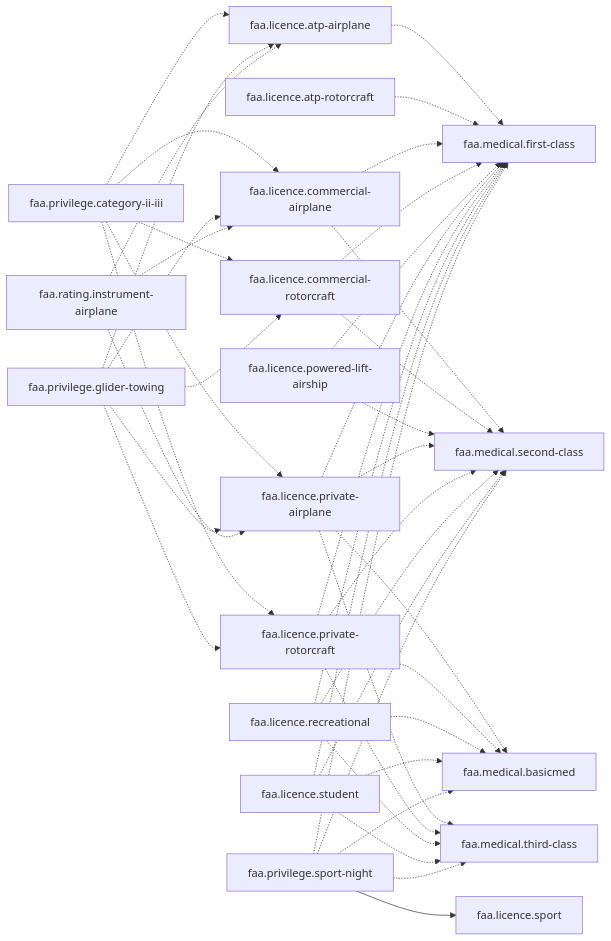
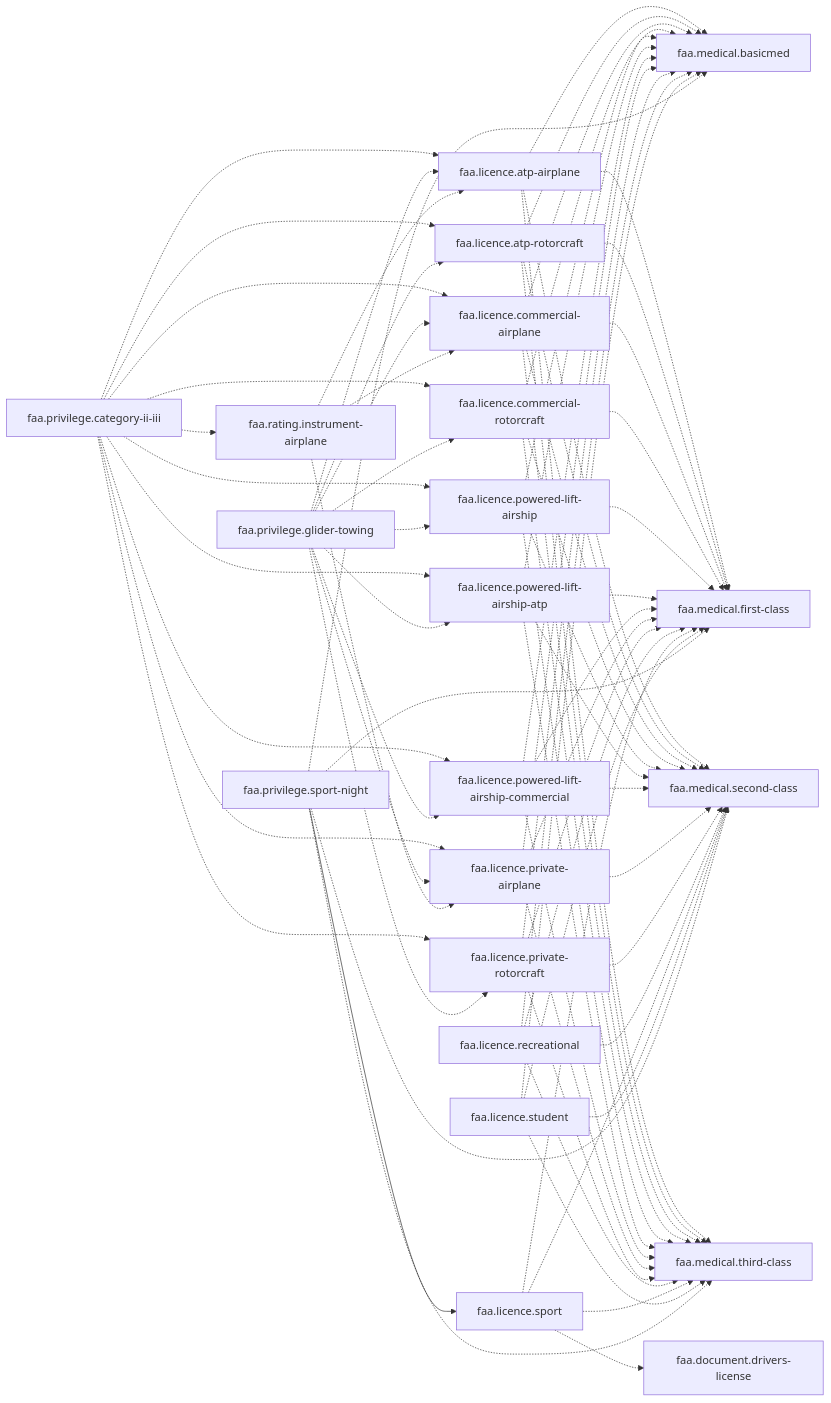
Before and after one commit to fjaeckel/open-aircrew-rules: the third of 6 diagrams in docs/dependencies.md, drawn with Mermaid. The commit also changed other lines of this file and 162 other files, not shown here.

````diff
--- a/docs/dependencies.md
+++ b/docs/dependencies.md
@@ -278,10 +304,13 @@
 ```mermaid
 flowchart LR
+  faa_document_drivers_license["faa.document.drivers-license"]
   faa_licence_atp_airplane["faa.licence.atp-airplane"]
   faa_licence_atp_rotorcraft["faa.licence.atp-rotorcraft"]
   faa_licence_commercial_airplane["faa.licence.commercial-airplane"]
   faa_licence_commercial_rotorcraft["faa.licence.commercial-rotorcraft"]
   faa_licence_powered_lift_airship["faa.licence.powered-lift-airship"]
+  faa_licence_powered_lift_airship_atp["faa.licence.powered-lift-airship-atp"]
+  faa_licence_powered_lift_airship_commercial["faa.licence.powered-lift-airship-commercial"]
   faa_licence_private_airplane["faa.licence.private-airplane"]
   faa_licence_private_rotorcraft["faa.licence.private-rotorcraft"]
   faa_licence_recreational["faa.licence.recreational"]
@@ -295,14 +324,34 @@
   faa_privilege_glider_towing["faa.privilege.glider-towing"]
   faa_privilege_sport_night["faa.privilege.sport-night"]
   faa_rating_instrument_airplane["faa.rating.instrument-airplane"]
+  faa_licence_atp_airplane -.-> faa_medical_basicmed
   faa_licence_atp_airplane -.-> faa_medical_first_class
+  faa_licence_atp_airplane -.-> faa_medical_second_class
+  faa_licence_atp_airplane -.-> faa_medical_third_class
+  faa_licence_atp_rotorcraft -.-> faa_medical_basicmed
   faa_licence_atp_rotorcraft -.-> faa_medical_first_class
+  faa_licence_atp_rotorcraft -.-> faa_medical_second_class
+  faa_licence_atp_rotorcraft -.-> faa_medical_third_class
+  faa_licence_commercial_airplane -.-> faa_medical_basicmed
   faa_licence_commercial_airplane -.-> faa_medical_first_class
   faa_licence_commercial_airplane -.-> faa_medical_second_class
+  faa_licence_commercial_airplane -.-> faa_medical_third_class
+  faa_licence_commercial_rotorcraft -.-> faa_medical_basicmed
   faa_licence_commercial_rotorcraft -.-> faa_medical_first_class
   faa_licence_commercial_rotorcraft -.-> faa_medical_second_class
+  faa_licence_commercial_rotorcraft -.-> faa_medical_third_class
+  faa_licence_powered_lift_airship -.-> faa_medical_basicmed
   faa_licence_powered_lift_airship -.-> faa_medical_first_class
   faa_licence_powered_lift_airship -.-> faa_medical_second_class
+  faa_licence_powered_lift_airship -.-> faa_medical_third_class
+  faa_licence_powered_lift_airship_atp -.-> faa_medical_basicmed
+  faa_licence_powered_lift_airship_atp -.-> faa_medical_first_class
+  faa_licence_powered_lift_airship_atp -.-> faa_medical_second_class
+  faa_licence_powered_lift_airship_atp -.-> faa_medical_third_class
+  faa_licence_powered_lift_airship_commercial -.-> faa_medical_basicmed
+  faa_licence_powered_lift_airship_commercial -.-> faa_medical_first_class
+  faa_licence_powered_lift_airship_commercial -.-> faa_medical_second_class
+  faa_licence_powered_lift_airship_commercial -.-> faa_medical_third_class
   faa_licence_private_airplane -.-> faa_medical_basicmed
   faa_licence_private_airplane -.-> faa_medical_first_class
   faa_licence_private_airplane -.-> faa_medical_second_class
@@ -315,18 +364,31 @@
   faa_licence_recreational -.-> faa_medical_first_class
   faa_licence_recreational -.-> faa_medical_second_class
   faa_licence_recreational -.-> faa_medical_third_class
+  faa_licence_sport -.-> faa_document_drivers_license
+  faa_licence_sport -.-> faa_medical_first_class
+  faa_licence_sport -.-> faa_medical_second_class
+  faa_licence_sport -.-> faa_medical_third_class
   faa_licence_student -.-> faa_medical_basicmed
   faa_licence_student -.-> faa_medical_first_class
   faa_licence_student -.-> faa_medical_second_class
   faa_licence_student -.-> faa_medical_third_class
   faa_privilege_category_ii_iii -.-> faa_licence_atp_airplane
+  faa_privilege_category_ii_iii -.-> faa_licence_atp_rotorcraft
   faa_privilege_category_ii_iii -.-> faa_licence_commercial_airplane
   faa_privilege_category_ii_iii -.-> faa_licence_commercial_rotorcraft
+  faa_privilege_category_ii_iii -.-> faa_licence_powered_lift_airship
+  faa_privilege_category_ii_iii -.-> faa_licence_powered_lift_airship_atp
+  faa_privilege_category_ii_iii -.-> faa_licence_powered_lift_airship_commercial
   faa_privilege_category_ii_iii -.-> faa_licence_private_airplane
   faa_privilege_category_ii_iii -.-> faa_licence_private_rotorcraft
+  faa_privilege_category_ii_iii -.-> faa_rating_instrument_airplane
   faa_privilege_glider_towing -.-> faa_licence_atp_airplane
+  faa_privilege_glider_towing -.-> faa_licence_atp_rotorcraft
   faa_privilege_glider_towing -.-> faa_licence_commercial_airplane
   faa_privilege_glider_towing -.-> faa_licence_commercial_rotorcraft
+  faa_privilege_glider_towing -.-> faa_licence_powered_lift_airship
+  faa_privilege_glider_towing -.-> faa_licence_powered_lift_airship_atp
+  faa_privilege_glider_towing -.-> faa_licence_powered_lift_airship_commercial
   faa_privilege_glider_towing -.-> faa_licence_private_airplane
   faa_privilege_glider_towing -.-> faa_licence_private_rotorcraft
   faa_privilege_sport_night --> faa_licence_sport
````
